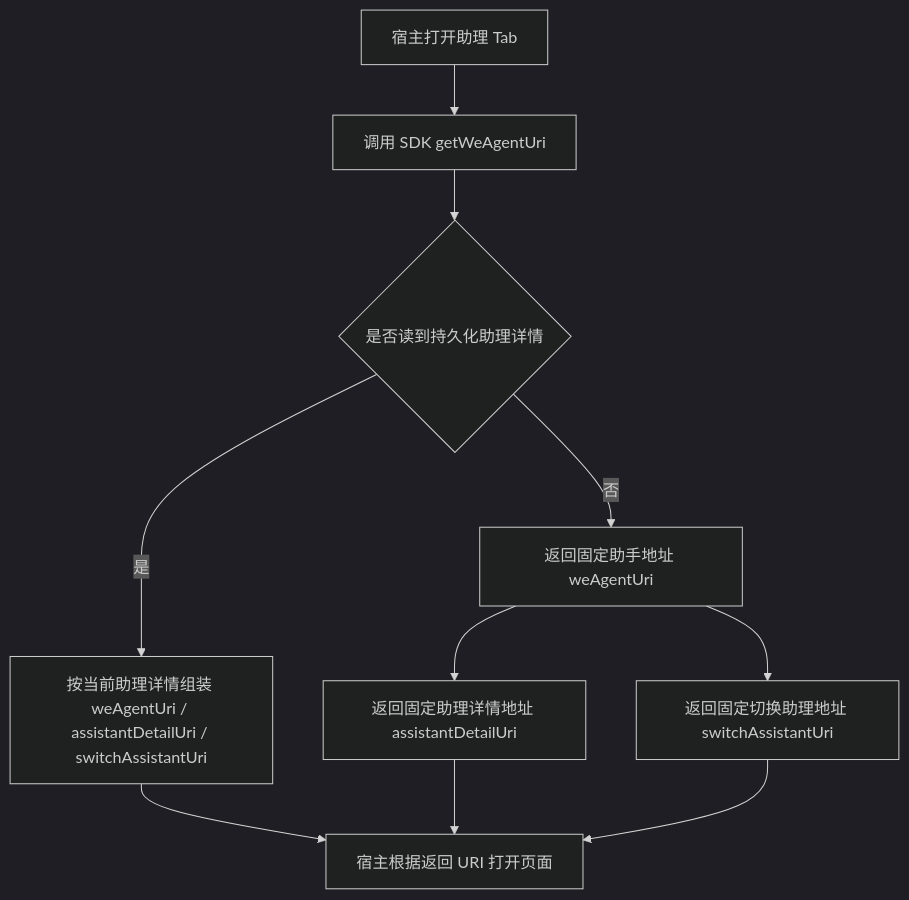
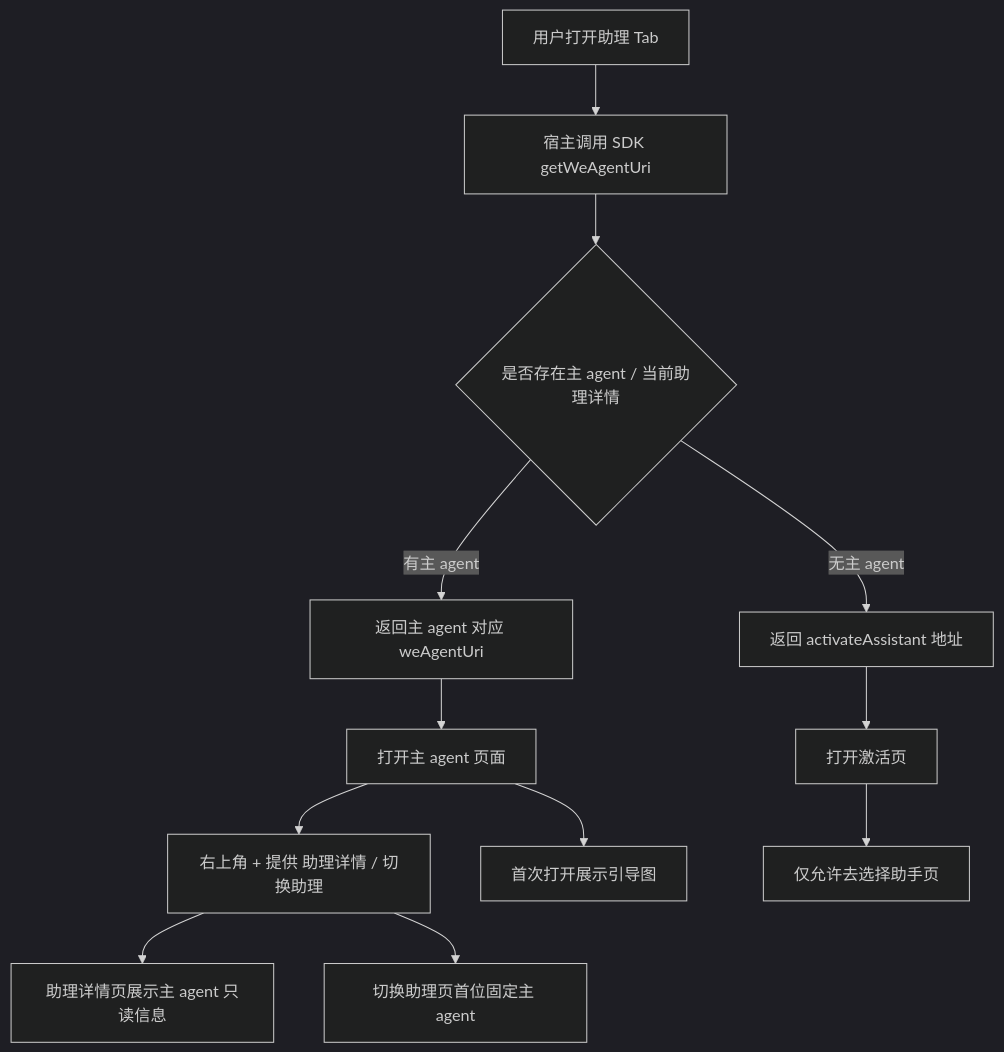
Before and after one commit to Abelsjcheng/skillSDK: the first of 4 diagrams in ai-chat-viewer/docs/plans/2026-05-20-assistant-tab-default-wecode-plan.md, drawn with Mermaid (dark theme). The commit also changed other lines of this file, not shown here.

````diff
--- a/ai-chat-viewer/docs/plans/2026-05-20-assistant-tab-default-wecode-plan.md
+++ b/ai-chat-viewer/docs/plans/2026-05-20-assistant-tab-default-wecode-plan.md
@@ -47,12 +48,14 @@
 ```mermaid
 flowchart TD
-    A["宿主打开助理 Tab"] --> B["调用 SDK getWeAgentUri"]
-    B --> C{"是否读到持久化助理详情"}
-    C -- 是 --> D["按当前助理详情组装 weAgentUri / assistantDetailUri / switchAssistantUri"]
-    C -- 否 --> E["返回固定助手地址 weAgentUri"]
-    E --> F["返回固定助理详情地址 assistantDetailUri"]
-    E --> G["返回固定切换助理地址 switchAssistantUri"]
-    D --> H["宿主根据返回 URI 打开页面"]
-    F --> H
-    G --> H
+    A["用户打开助理 Tab"] --> B["宿主调用 SDK getWeAgentUri"]
+    B --> C{"是否存在主 agent / 当前助理详情"}
+    C -- 有主 agent --> D["返回主 agent 对应 weAgentUri"]
+    C -- 无主 agent --> E["返回 activateAssistant 地址"]
+    D --> F["打开主 agent 页面"]
+    E --> G["打开激活页"]
+    F --> H["右上角 + 提供 助理详情 / 切换助理"]
+    G --> I["仅允许去选择助手页"]
+    F --> J["首次打开展示引导图"]
+    H --> K["助理详情页展示主 agent 只读信息"]
+    H --> L["切换助理页首位固定主 agent"]
 ```
````
